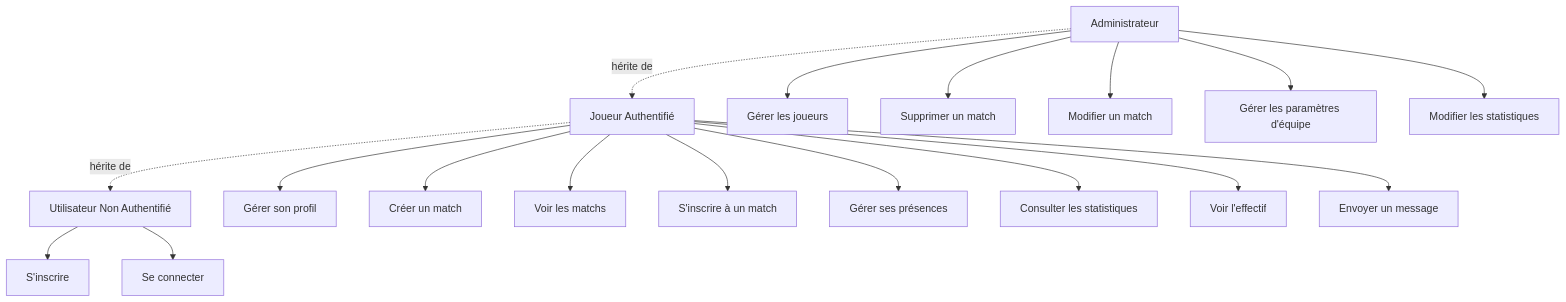
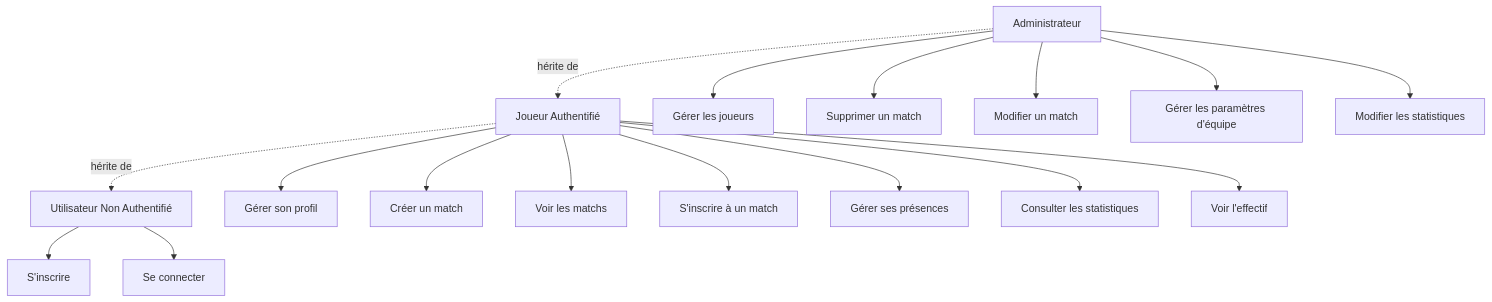
The first of 4 diagrams in docs/06-DIAGRAMMES-UML.md (Cey67/Team_up), drawn with Mermaid before and after one commit. The commit also changed other lines of this file, not shown here.

Commit message:
docs: ajout des diagrammes UML (cas d'usage, séquence, flux)

````diff
--- a/docs/06-DIAGRAMMES-UML.md
+++ b/docs/06-DIAGRAMMES-UML.md
@@ -117,23 +122,23 @@
 ```mermaid
 graph TB
     User[Utilisateur Non Authentifié] --> UC1[S'inscrire]
     User --> UC2[Se connecter]
 
     Player[Joueur Authentifié] --> UC3[Gérer son profil]
     Player --> UC4[Créer un match]
     Player --> UC5[Voir les matchs]
     Player --> UC6[S'inscrire à un match]
     Player --> UC7[Gérer ses présences]
     Player --> UC8[Consulter les statistiques]
     Player --> UC9[Voir l'effectif]
-    Player --> UC10[Envoyer un message]
+    %% UC10[Envoyer un message] - En stand-by
 
     Admin[Administrateur] --> UC11[Gérer les joueurs]
     Admin --> UC12[Supprimer un match]
     Admin --> UC13[Modifier un match]
     Admin --> UC14[Gérer les paramètres d'équipe]
     Admin --> UC15[Modifier les statistiques]
 
     Player -.hérite de.-> User
     Admin -.hérite de.-> Player
 ```
````
